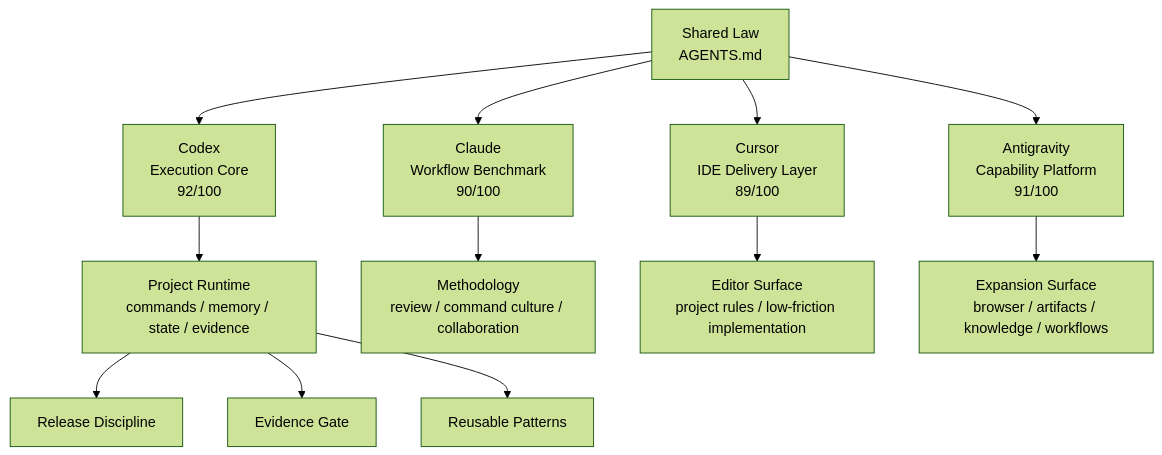
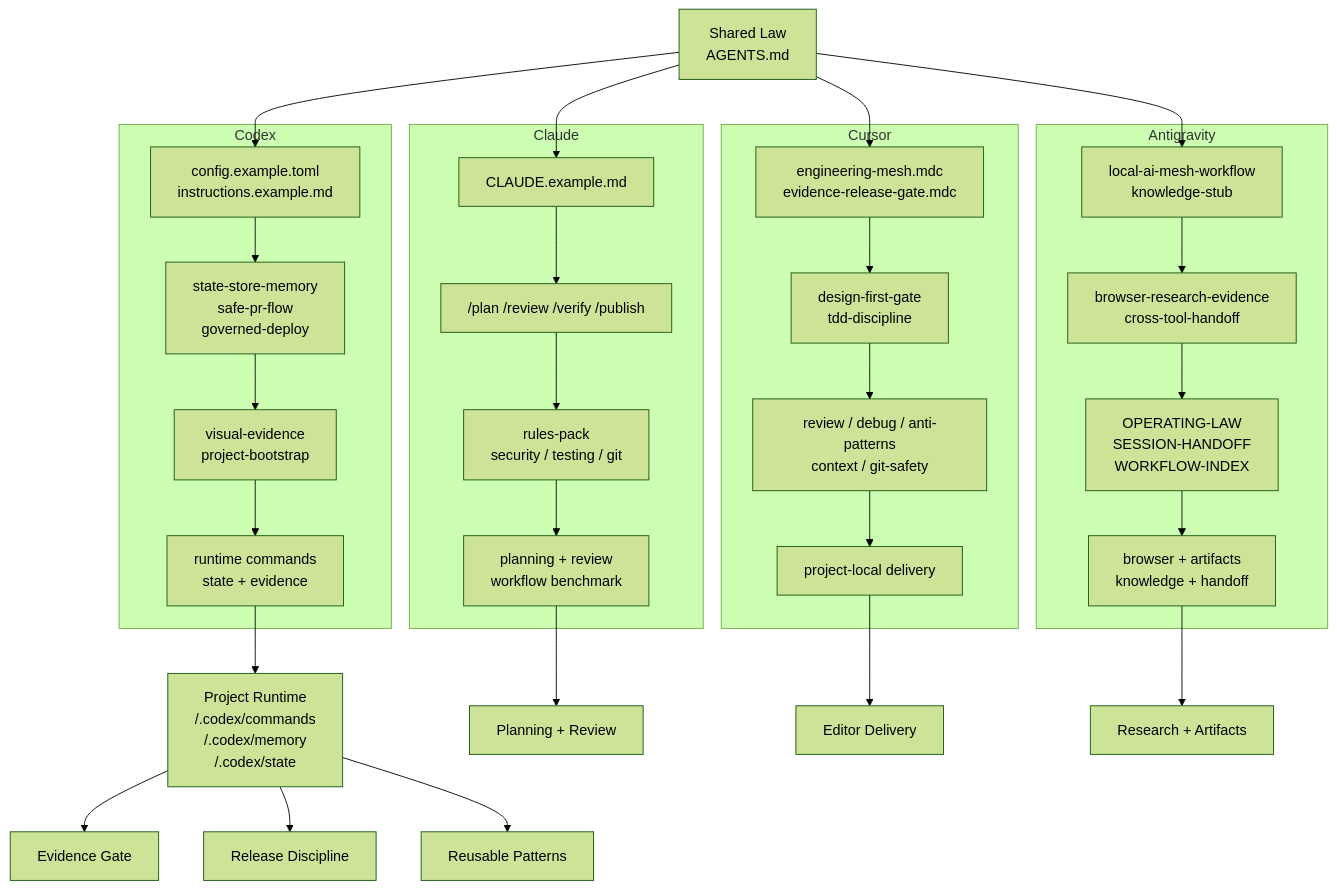
The diagram in README.md (bidaiAI/local-ai-engineering-mesh), drawn with Mermaid (forest theme) before and after one commit. The commit also changed 3 other files, not shown here.

Commit message:
docs: enrich architecture diagram and image labels

````diff
--- a/README.md
+++ b/README.md
@@ -130,29 +130,70 @@
 ```mermaid
 flowchart TD
     A["Shared Law
-AGENTS.md"] --> B["Codex
-Execution Core
-92/100"]
-    A --> C["Claude
-Workflow Benchmark
-90/100"]
-    A --> D["Cursor
-IDE Delivery Layer
-89/100"]
-    A --> E["Antigravity
-Capability Platform
-91/100"]
+AGENTS.md"]
 
-    B --> F["Project Runtime
-commands / memory / state / evidence"]
-    C --> G["Methodology
-review / command culture / collaboration"]
-    D --> H["Editor Surface
-project rules / low-friction implementation"]
-    E --> I["Expansion Surface
-browser / artifacts / knowledge / workflows"]
+    subgraph COD["Codex"]
+      B1["config.example.toml
+instructions.example.md"]
+      B2["state-store-memory
+safe-pr-flow
+governed-deploy"]
+      B3["visual-evidence
+project-bootstrap"]
+      B4["runtime commands
+state + evidence"]
+    end
 
-    F --> J["Release Discipline"]
-    F --> K["Evidence Gate"]
+    subgraph CLA["Claude"]
+      C1["CLAUDE.example.md"]
+      C2["/plan /review /verify /publish"]
+      C3["rules-pack
+security / testing / git"]
+      C4["planning + review
+workflow benchmark"]
+    end
+
+    subgraph CUR["Cursor"]
+      D1["engineering-mesh.mdc
+evidence-release-gate.mdc"]
+      D2["design-first-gate
+tdd-discipline"]
+      D3["review / debug / anti-patterns
+context / git-safety"]
+      D4["project-local delivery"]
+    end
+
+    subgraph ANT["Antigravity"]
+      E1["local-ai-mesh-workflow
+knowledge-stub"]
+      E2["browser-research-evidence
+cross-tool-handoff"]
+      E3["OPERATING-LAW
+SESSION-HANDOFF
+WORKFLOW-INDEX"]
+      E4["browser + artifacts
+knowledge + handoff"]
+    end
+
+    A --> B1
+    A --> C1
+    A --> D1
+    A --> E1
+
+    B1 --> B2 --> B3 --> B4
+    C1 --> C2 --> C3 --> C4
+    D1 --> D2 --> D3 --> D4
+    E1 --> E2 --> E3 --> E4
+
+    B4 --> F["Project Runtime
+<project>/.codex/commands
+<project>/.codex/memory
+<project>/.codex/state"]
+    C4 --> G["Planning + Review"]
+    D4 --> H["Editor Delivery"]
+    E4 --> I["Research + Artifacts"]
+
+    F --> J["Evidence Gate"]
+    F --> K["Release Discipline"]
     F --> L["Reusable Patterns"]
 ```
````
